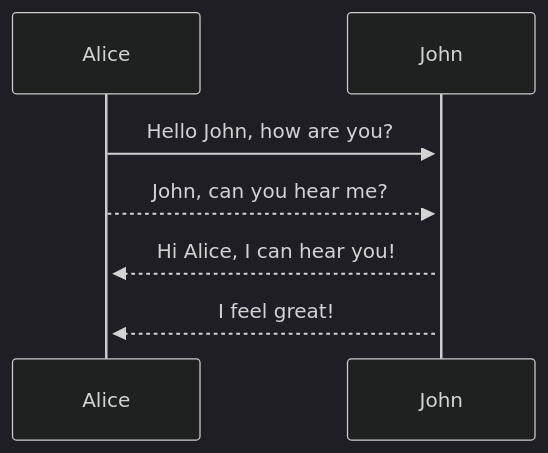
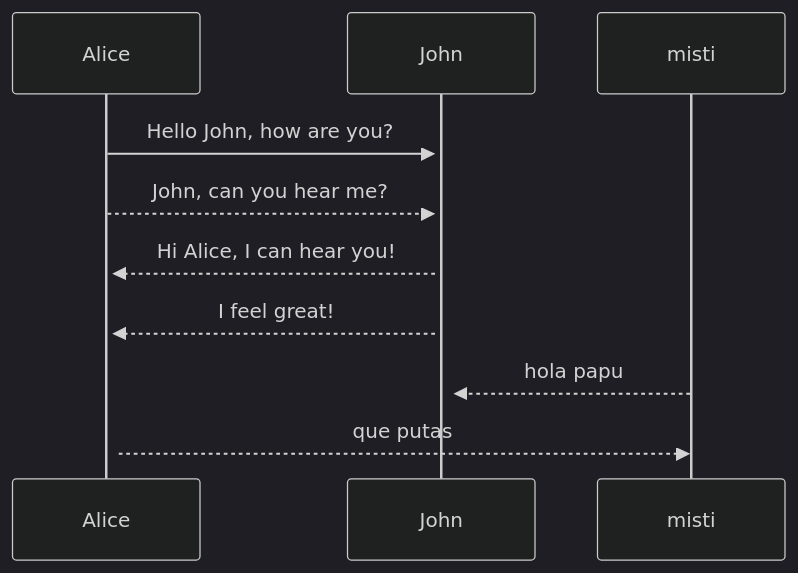
One commit to Ruelas2022ETNumsa/University_vault_2026 changed the diagram in void.md. Above: the diagram before and after it, drawn with Mermaid (dark theme). The commit also changed 2 other files, not shown here.

Commit message:
vault backup: 2026-07-06 13:14:44

````diff
--- a/void.md
+++ b/void.md
@@ -78,7 +78,9 @@
 ```mermaid
 sequenceDiagram
     Alice->>+John: Hello John, how are you?
     Alice-->>+John: John, can you hear me?
     John-->>+Alice: Hi Alice, I can hear you!
     John-->>+Alice: I feel great!
+    misti-->>+John: hola papu
+    Alice-->>misti: que putas
 ```
````
